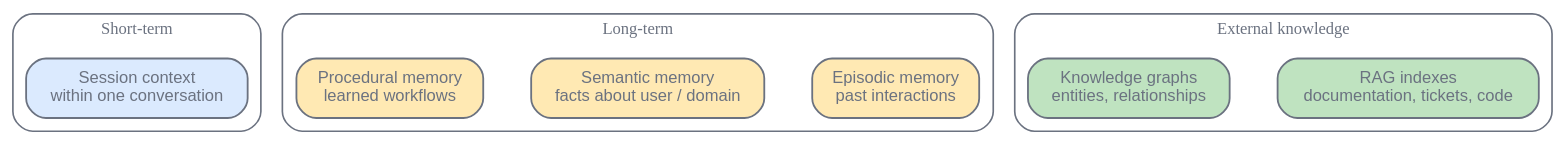
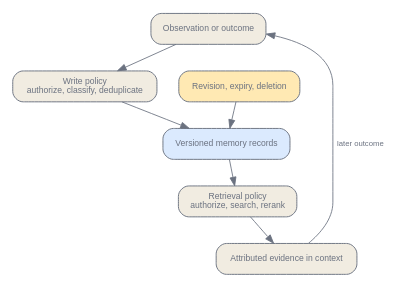
Before and after one commit to latere-ai/ai-as-an-infrastructure: the fourth of 4 diagrams in en/orchestration/03-memory-systems.qmd, drawn with Graphviz. The commit also changed other lines of this file and 4 other files, not shown here.

````diff
--- a/en/orchestration/03-memory-systems.qmd
+++ b/en/orchestration/03-memory-systems.qmd
@@ -334,41 +423,23 @@
 ```{dot}
-//| label: fig-memory-taxonomy
-//| fig-cap: "Memory splits into short-term and long-term (episodic, semantic, procedural), distinct from the shared external knowledge that RAG retrieves."
+//| label: fig-memory-governed-loop
+//| fig-cap: "A long-term memory system governs both the write and read paths. Provenance, authorization, revision, and deletion surround retrieval rather than being delegated to the index."
 digraph {
     bgcolor="transparent";
     rankdir=TB;
-    nodesep=0.4; ranksep=0.5;
+    size="3.2,8.0";
+    nodesep=0.35; ranksep=0.42;
     node [shape=box, style="rounded,filled", fontname="Helvetica", fontsize=10, color="#6b7280", fontcolor="#6b7280", fillcolor="#f1ece1", penwidth=1.1];
-    edge [fontsize=10, fontname="Helvetica", color="#6b7280", fontcolor="#6b7280"];
+    edge [fontsize=9, fontname="Helvetica", color="#6b7280", fontcolor="#6b7280"];
 
-    subgraph cluster_short {
-        label="Short-term";
-        style=rounded;
-        color="#6b7280";
-        fontcolor="#6b7280";
-        fontsize=10;
-        ST [label="Session context\nwithin one conversation", fillcolor="#dbeafe"];
-    }
+    O [label="Observation or outcome"];
+    W [label="Write policy\nauthorize, classify, deduplicate"];
+    M [label="Versioned memory records", fillcolor="#dbeafe"];
+    R [label="Retrieval policy\nauthorize, search, rerank"];
+    C [label="Attributed evidence in context"];
+    U [label="Revision, expiry, deletion", fillcolor="#ffe9b3"];
 
-    subgraph cluster_long {
-        label="Long-term";
-        style=rounded;
-        color="#6b7280";
-        fontcolor="#6b7280";
-        fontsize=10;
-        EM [label="Episodic memory\npast interactions", fillcolor="#ffe9b3"];
-        SM [label="Semantic memory\nfacts about user / domain", fillcolor="#ffe9b3"];
-        PM [label="Procedural memory\nlearned workflows", fillcolor="#ffe9b3"];
-    }
-
-    subgraph cluster_external {
-        label="External knowledge";
-        style=rounded;
-        color="#6b7280";
-        fontcolor="#6b7280";
-        fontsize=10;
-        RAG [label="RAG indexes\ndocumentation, tickets, code", fillcolor="#bfe3c0"];
-        KG [label="Knowledge graphs\nentities, relationships", fillcolor="#bfe3c0"];
-    }
+    O -> W -> M -> R -> C;
+    C -> O [label="later outcome"];
+    U -> M;
 }
 ```
````
